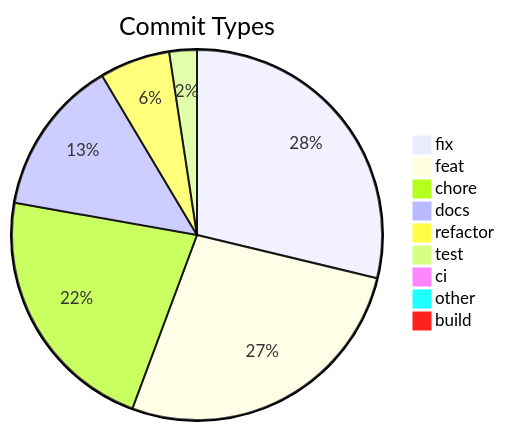
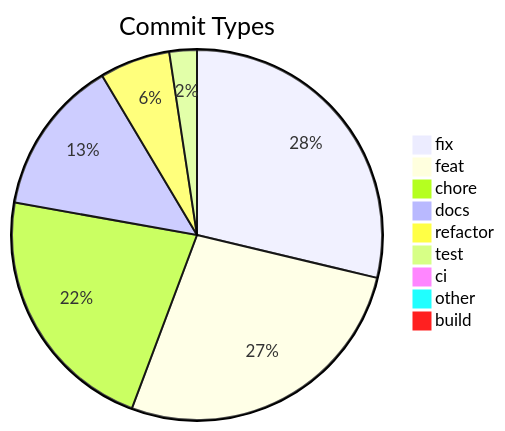
One commit to svenroth-ai/shipwright changed the diagram in .shipwright/compliance/change-history.md. Above: the diagram before and after it, drawn with Mermaid. The commit also changed other lines of this file and 30 other files, not shown here.

````diff
--- a/.shipwright/compliance/change-history.md
+++ b/.shipwright/compliance/change-history.md
@@ -8,12 +8,12 @@
 ```mermaid
 pie title Commit Types
     "fix" : 299
-    "feat" : 280
+    "feat" : 281
     "chore" : 230
     "docs" : 142
     "refactor" : 64
     "test" : 25
     "ci" : 7
     "other" : 7
     "build" : 1
 ```
````
